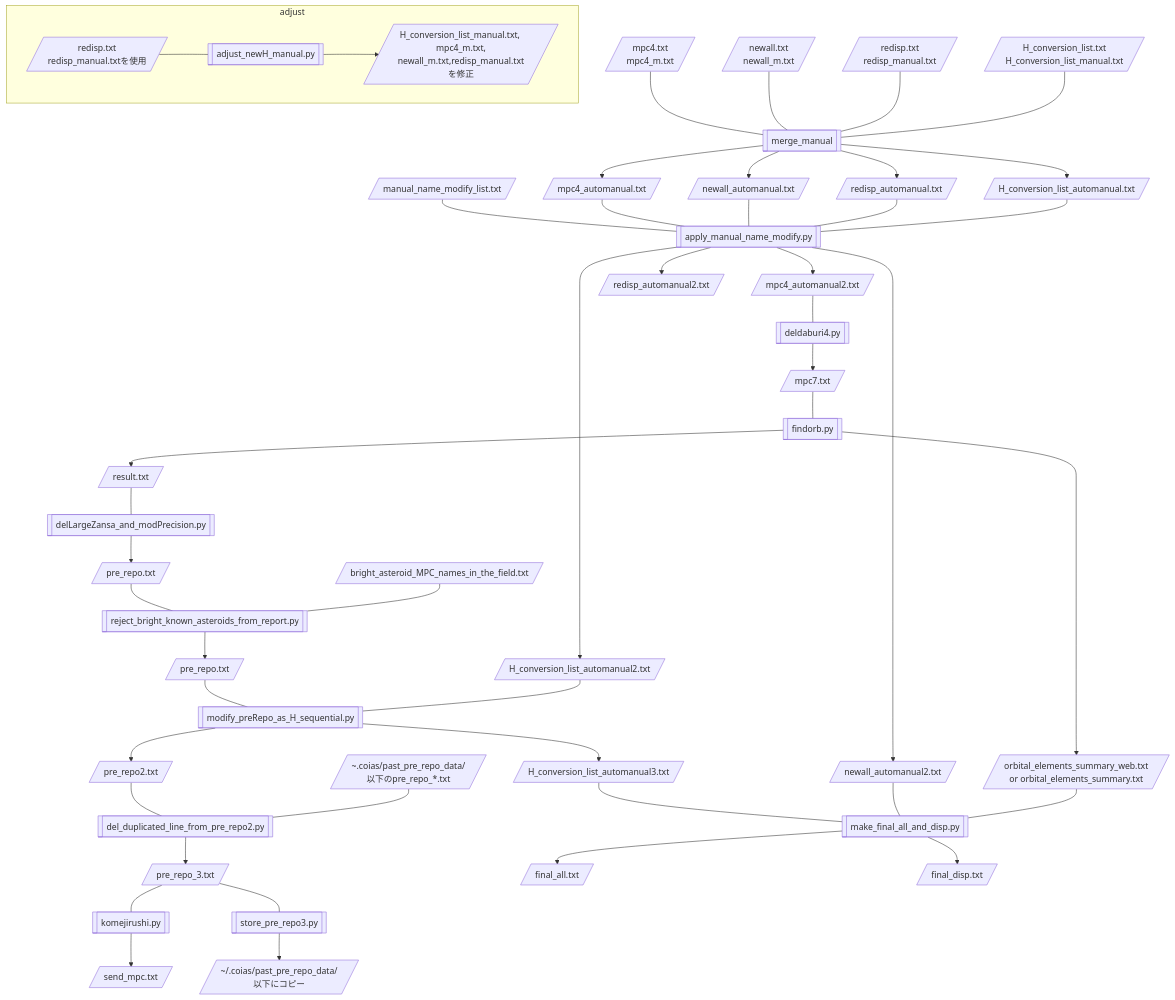
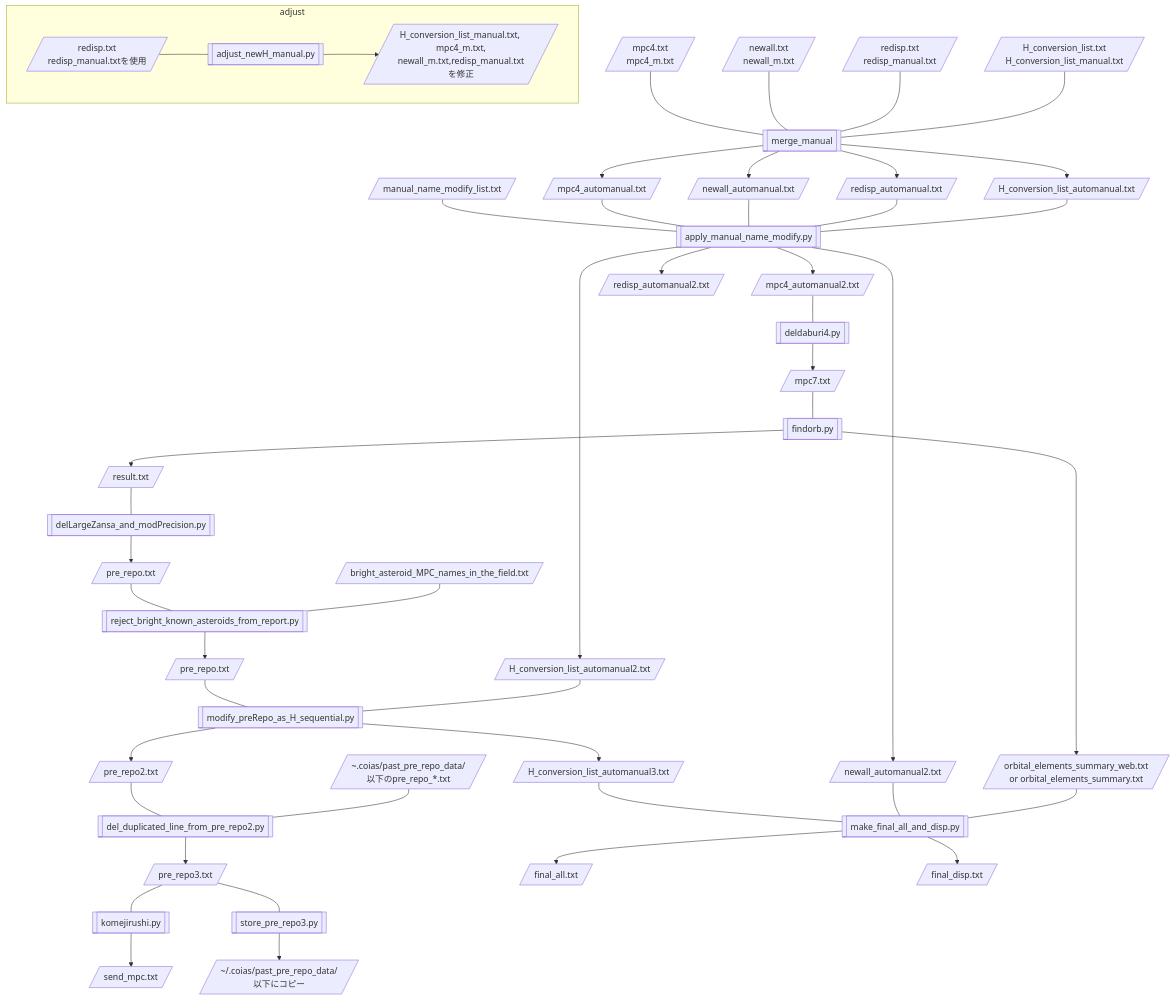
The diagram in flowcharts/flowchart7-AstsearchR_afterReCOIAS.md (COIAS-program/COIAS_program_github), drawn with Mermaid before and after one commit.

Commit message:
微修正

```diff
--- a/flowcharts/flowchart7-AstsearchR_afterReCOIAS.md
+++ b/flowcharts/flowchart7-AstsearchR_afterReCOIAS.md
@@ -41,7 +41,7 @@
     N --- Y
     Z --- b[[del_duplicated_line_from_pre_repo2.py]]
     c[/"~".coias/past_pre_repo_data/\n以下のpre_repo_*.txt/] --- b
-    b --> d[/pre_repo_3.txt/]
+    b --> d[/pre_repo3.txt/]
     d --- e[[komejirushi.py]]
     e --> f[/send_mpc.txt/]
     d --- g[[store_pre_repo3.py]]
```
